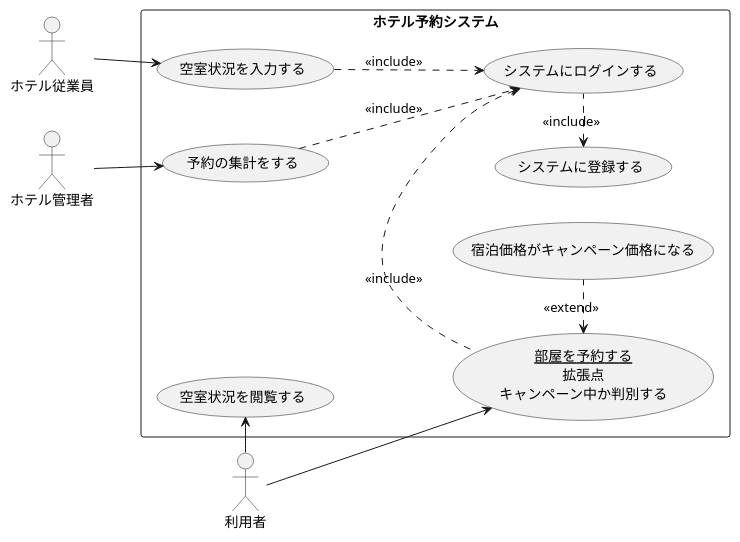
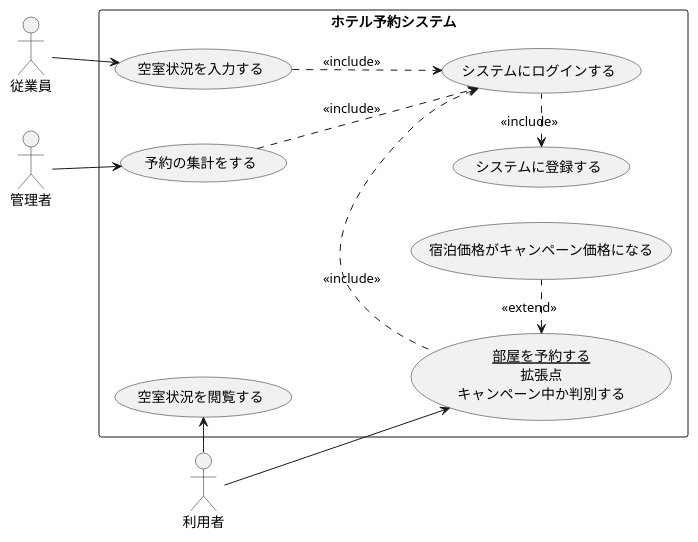
The diagram in 演習2-8_UC_ホテル予約システム.pu (ShoT0323/uml-introduction), drawn with PlantUML before and after one commit.

Commit message:
あ

```diff
--- a/演習2-8_UC_ホテル予約システム.pu
+++ b/演習2-8_UC_ホテル予約システム.pu
@@ -1,24 +1,24 @@
 @startuml ホテル予約システム
 left to right direction
 actor 利用者
-actor ホテル従業員
-actor ホテル管理者
+actor 従業員
+actor 管理者
 rectangle ホテル予約システム{
 usecase 空室状況を閲覧する
 usecase 空室状況を入力する
 usecase 予約の集計をする
 usecase システムにログインする
 usecase システムに登録する
 usecase (<u>部屋を予約する</u>\n拡張点\nキャンペーン中か判別する) as input
 usecase 宿泊価格がキャンペーン価格になる
 }
 input <. (宿泊価格がキャンペーン価格になる) : <<extend>>
 システムにログインする <. input : << include >>
 input <- 利用者
 システムに登録する <. システムにログインする : <<include>>
 利用者 -> 空室状況を閲覧する
-ホテル従業員 --> 空室状況を入力する
-ホテル管理者 --> 予約の集計をする
+従業員 --> 空室状況を入力する
+管理者 --> 予約の集計をする
 空室状況を入力する ..> システムにログインする : <<include>>
 予約の集計をする ..> システムにログインする : <<include>>
 @enduml
```
